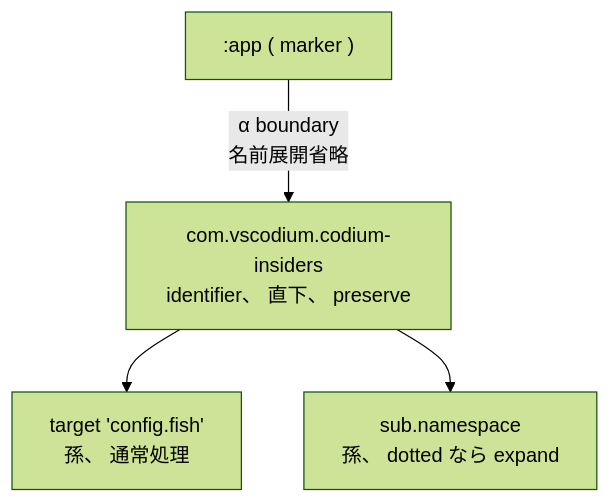
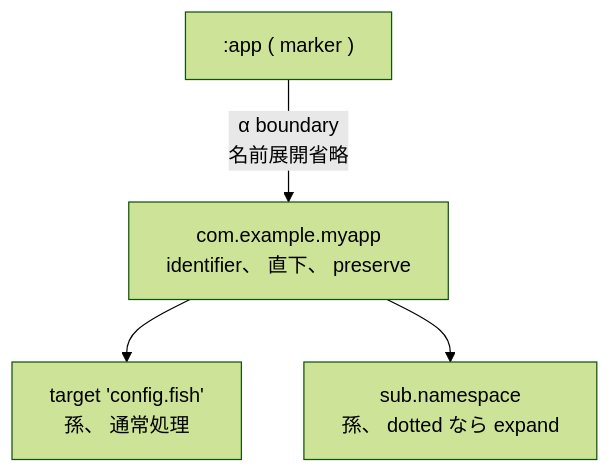
Before and after one commit to barineco/neco-parser: the diagram in neco-kdl-ast/docs/reference/syntax.md, drawn with Mermaid (forest theme). The commit also changed other lines of this file and 85 other files, not shown here.

````diff
--- a/neco-kdl-ast/docs/reference/syntax.md
+++ b/neco-kdl-ast/docs/reference/syntax.md
@@ -323,10 +351,10 @@
 ```mermaid
 graph TD
     M[":app ( marker )"]
-    I["com.vscodium.codium-insiders<br/>identifier、 直下、 preserve"]
+    I["com.example.myapp<br/>identifier、 直下、 preserve"]
     G1["target 'config.fish'<br/>孫、 通常処理"]
     G2["sub.namespace<br/>孫、 dotted なら expand"]
     M -- "α boundary<br/>名前展開省略" --> I
     I --> G1
     I --> G2
 ```
````
